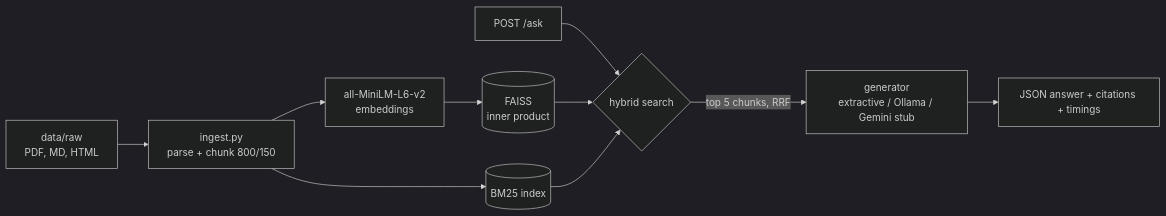
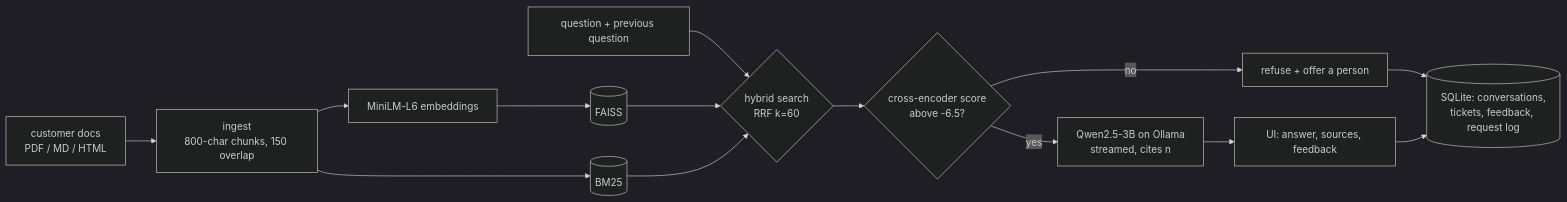
One commit to Deepanshu16125/DeployDesk changed the diagram in README.md. Above: the diagram before and after it, drawn with Mermaid (dark theme). The commit also changed other lines of this file and 2 other files, not shown here.

````diff
--- a/README.md
+++ b/README.md
@@ -9,12 +19,15 @@
 ```mermaid
 flowchart LR
-    A[data/raw<br/>PDF, MD, HTML] --> B[ingest.py<br/>parse + chunk 800/150]
-    B --> C[all-MiniLM-L6-v2<br/>embeddings]
-    C --> D[(FAISS<br/>inner product)]
-    B --> E[(BM25 index)]
-    Q[POST /ask] --> F{hybrid search}
-    D --> F
-    E --> F
-    F -->|top 5 chunks, RRF| G[generator<br/>extractive / Ollama / Gemini stub]
-    G --> R[JSON answer + citations + timings]
+    D[customer docs<br/>PDF / MD / HTML] --> I[ingest<br/>800-char chunks, 150 overlap]
+    I --> E[MiniLM-L6 embeddings] --> F[(FAISS)]
+    I --> B[(BM25)]
+    Q[question + previous question] --> H{hybrid search<br/>RRF k=60}
+    F --> H
+    B --> H
+    H --> G{cross-encoder score<br/>above -6.5?}
+    G -- no --> N[refuse + offer a person]
+    G -- yes --> L[Qwen2.5-3B on Ollama<br/>streamed, cites n]
+    L --> U[UI: answer, sources, feedback]
+    N --> T[(SQLite: conversations,<br/>tickets, feedback, request log)]
+    U --> T
 ```
````
